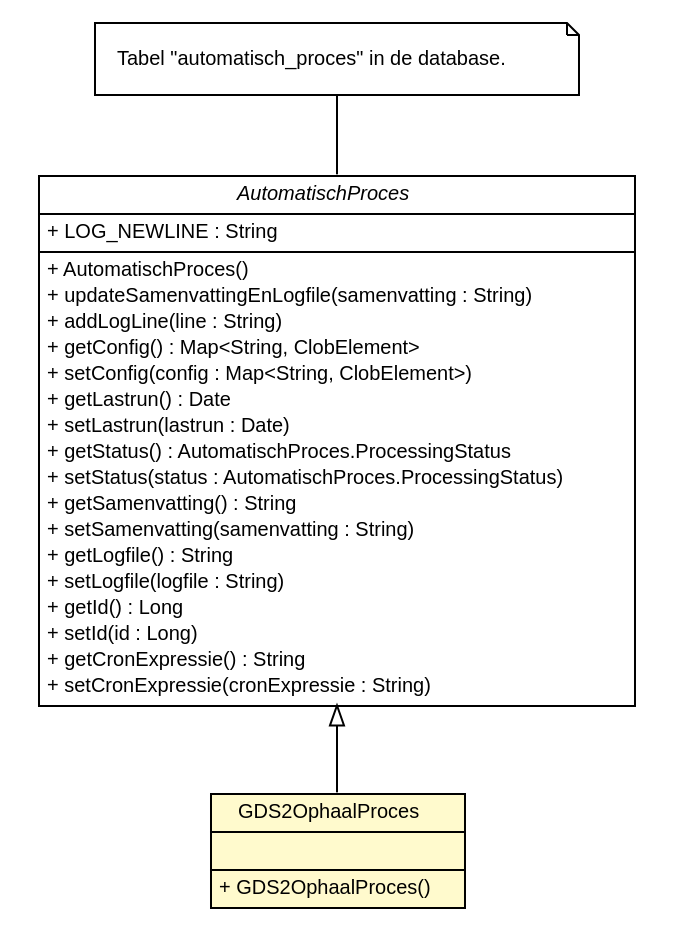
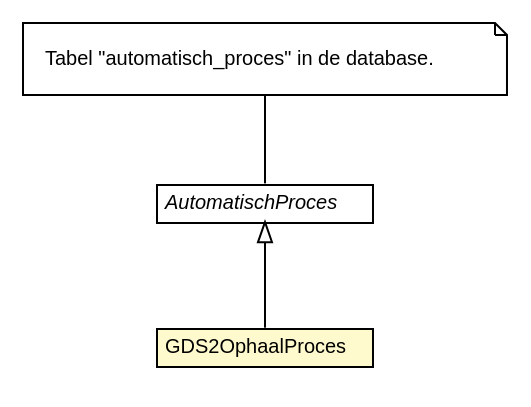
One commit to B3Partners/brmo changed the diagram in brmo-persistence/apidocs/nl/b3p/brmo/persistence/staging/GDS2OphaalProces.dot. Above: the diagram before and after it, drawn with Graphviz. The commit also changed 252 other files, not shown here.

```diff
--- a/brmo-persistence/apidocs/nl/b3p/brmo/persistence/staging/GDS2OphaalProces.dot
+++ b/brmo-persistence/apidocs/nl/b3p/brmo/persistence/staging/GDS2OphaalProces.dot
@@ -1,61 +1,33 @@
 #!/usr/local/bin/dot
 #
 # Class diagram 
 # Generated by UMLGraph version R5_6-24-gf6e263 (http://www.umlgraph.org/)
 #
 
 digraph G {
 	edge [fontname="Helvetica",fontsize=10,labelfontname="Helvetica",labelfontsize=10];
 	node [fontname="Helvetica",fontsize=10,shape=plaintext];
 	nodesep=0.25;
 	ranksep=0.5;
 	// nl.b3p.brmo.persistence.staging.AutomatischProces
-	c393 [label=<<table title="nl.b3p.brmo.persistence.staging.AutomatischProces" border="0" cellborder="1" cellspacing="0" cellpadding="2" port="p" href="./AutomatischProces.html">
+	c390 [label=<<table title="nl.b3p.brmo.persistence.staging.AutomatischProces" border="0" cellborder="1" cellspacing="0" cellpadding="2" port="p" href="./AutomatischProces.html">
 		<tr><td><table border="0" cellspacing="0" cellpadding="1">
 <tr><td align="center" balign="center"><font face="Helvetica-Oblique"> AutomatischProces </font></td></tr>
 		</table></td></tr>
-		<tr><td><table border="0" cellspacing="0" cellpadding="1">
-<tr><td align="left" balign="left"> + LOG_NEWLINE : String </td></tr>
-		</table></td></tr>
-		<tr><td><table border="0" cellspacing="0" cellpadding="1">
-<tr><td align="left" balign="left"> + AutomatischProces() </td></tr>
-<tr><td align="left" balign="left"> + updateSamenvattingEnLogfile(samenvatting : String) </td></tr>
-<tr><td align="left" balign="left"> + addLogLine(line : String) </td></tr>
-<tr><td align="left" balign="left"> + getConfig() : Map&lt;String, ClobElement&gt; </td></tr>
-<tr><td align="left" balign="left"> + setConfig(config : Map&lt;String, ClobElement&gt;) </td></tr>
-<tr><td align="left" balign="left"> + getLastrun() : Date </td></tr>
-<tr><td align="left" balign="left"> + setLastrun(lastrun : Date) </td></tr>
-<tr><td align="left" balign="left"> + getStatus() : AutomatischProces.ProcessingStatus </td></tr>
-<tr><td align="left" balign="left"> + setStatus(status : AutomatischProces.ProcessingStatus) </td></tr>
-<tr><td align="left" balign="left"> + getSamenvatting() : String </td></tr>
-<tr><td align="left" balign="left"> + setSamenvatting(samenvatting : String) </td></tr>
-<tr><td align="left" balign="left"> + getLogfile() : String </td></tr>
-<tr><td align="left" balign="left"> + setLogfile(logfile : String) </td></tr>
-<tr><td align="left" balign="left"> + getId() : Long </td></tr>
-<tr><td align="left" balign="left"> + setId(id : Long) </td></tr>
-<tr><td align="left" balign="left"> + getCronExpressie() : String </td></tr>
-<tr><td align="left" balign="left"> + setCronExpressie(cronExpressie : String) </td></tr>
-		</table></td></tr>
 		</table>>, URL="./AutomatischProces.html", fontname="Helvetica", fontcolor="black", fontsize=10.0];
 	// Note annotation
-	n0cc393 [label=<<table title="nl.b3p.brmo.persistence.staging.AutomatischProces" border="0" cellborder="0" cellspacing="0" cellpadding="2" port="p" href="./AutomatischProces.html">
+	n0cc390 [label=<<table title="nl.b3p.brmo.persistence.staging.AutomatischProces" border="0" cellborder="0" cellspacing="0" cellpadding="2" port="p" href="./AutomatischProces.html">
 		<tr><td><table border="0" cellspacing="0" cellpadding="1">
 <tr><td align="left" balign="left"> Tabel "automatisch_proces" in de database. </td></tr>
 		</table></td></tr>
 		</table>>, fontname="Helvetica", fontcolor="black", fontsize=10.0, shape=note];
-	n0cc393 -> c393:p[arrowhead=none];
+	n0cc390 -> c390:p[arrowhead=none];
 	// nl.b3p.brmo.persistence.staging.GDS2OphaalProces
-	c404 [label=<<table title="nl.b3p.brmo.persistence.staging.GDS2OphaalProces" border="0" cellborder="1" cellspacing="0" cellpadding="2" port="p" bgcolor="lemonChiffon" href="./GDS2OphaalProces.html">
+	c401 [label=<<table title="nl.b3p.brmo.persistence.staging.GDS2OphaalProces" border="0" cellborder="1" cellspacing="0" cellpadding="2" port="p" bgcolor="lemonChiffon" href="./GDS2OphaalProces.html">
 		<tr><td><table border="0" cellspacing="0" cellpadding="1">
 <tr><td align="center" balign="center"> GDS2OphaalProces </td></tr>
 		</table></td></tr>
-		<tr><td><table border="0" cellspacing="0" cellpadding="1">
-<tr><td align="left" balign="left">  </td></tr>
-		</table></td></tr>
-		<tr><td><table border="0" cellspacing="0" cellpadding="1">
-<tr><td align="left" balign="left"> + GDS2OphaalProces() </td></tr>
-		</table></td></tr>
 		</table>>, URL="./GDS2OphaalProces.html", fontname="Helvetica", fontcolor="black", fontsize=10.0];
 	//nl.b3p.brmo.persistence.staging.GDS2OphaalProces extends nl.b3p.brmo.persistence.staging.AutomatischProces
-	c393:p -> c404:p [dir=back,arrowtail=empty];
+	c390:p -> c401:p [dir=back,arrowtail=empty];
 }
```
